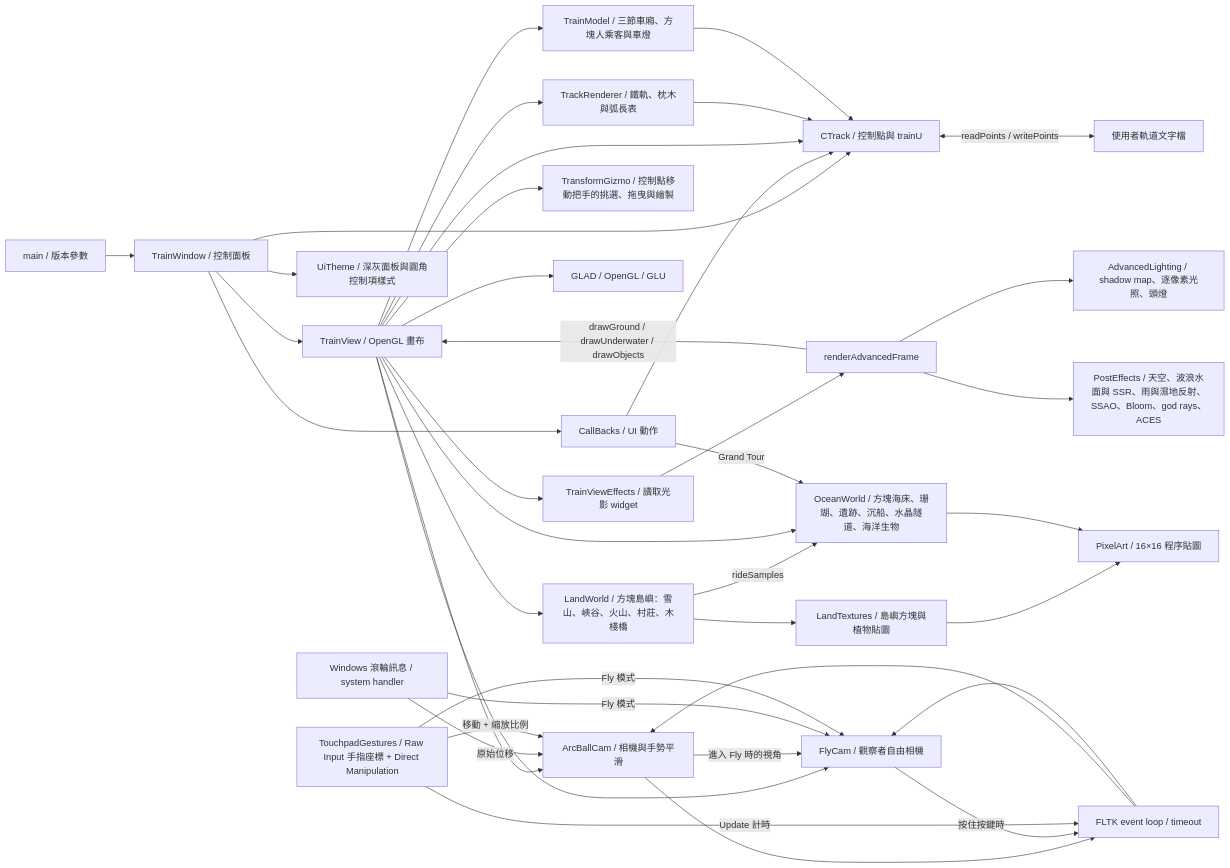
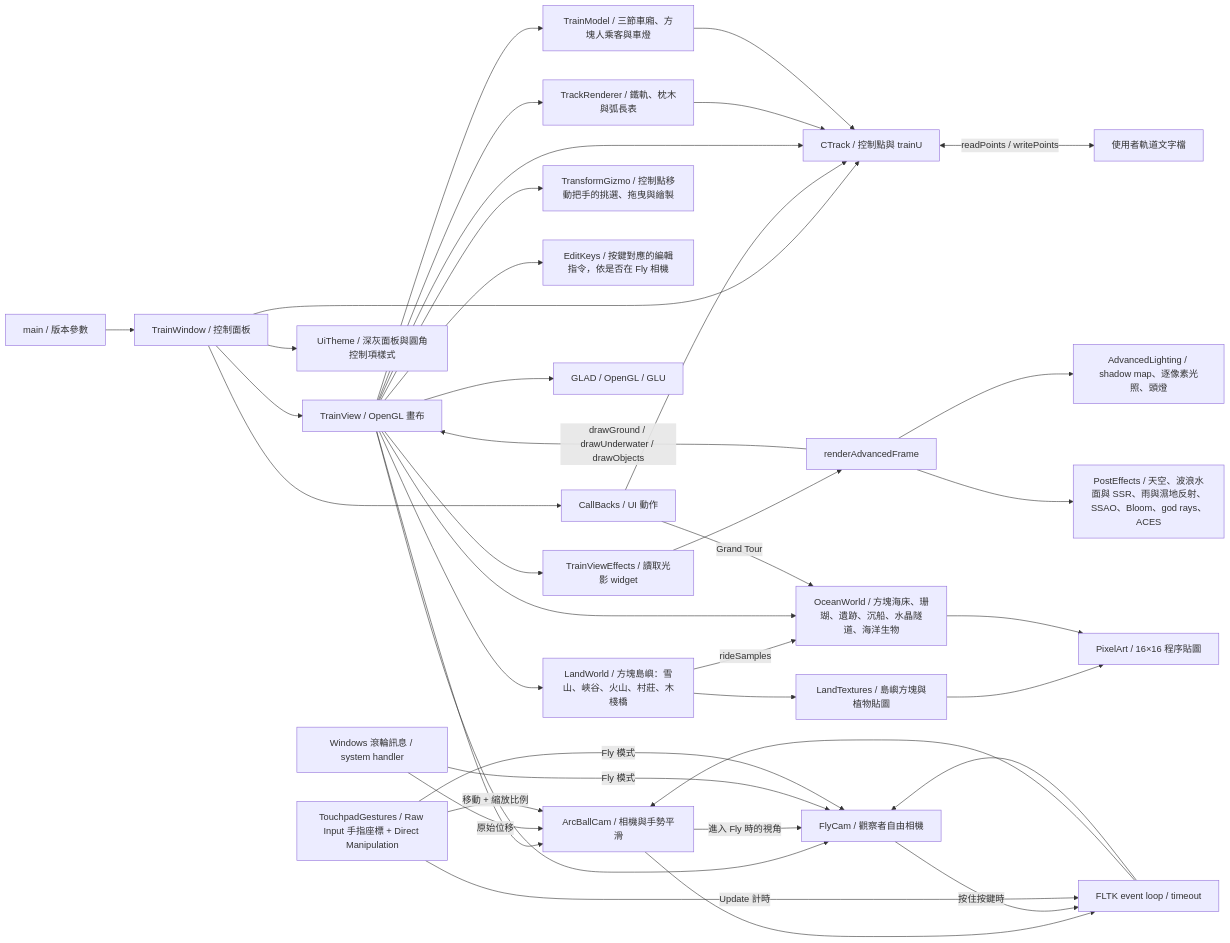
Before and after one commit to wj6wj6/RollerCoasters: the diagram in docs/architecture.md, drawn with Mermaid. The commit also changed other lines of this file and 12 other files, not shown here.

First line of the commit message:
fix(camera): keep Fly keys and control point editing apart

````diff
--- a/docs/architecture.md
+++ b/docs/architecture.md
@@ -3,41 +3,42 @@
 ```mermaid
 flowchart LR
     Main[main / 版本參數] --> Window[TrainWindow / 控制面板]
     Window --> View[TrainView / OpenGL 畫布]
     Window --> Track[CTrack / 控制點與 trainU]
     Window --> Theme[UiTheme / 深灰面板與圓角控制項樣式]
     Window --> Callbacks[CallBacks / UI 動作]
     Callbacks --> Track
     View --> Track
     View --> Rails[TrackRenderer / 鐵軌、枕木與弧長表]
     Rails --> Track
     View --> Train[TrainModel / 三節車廂、方塊人乘客與車燈]
     Train --> Track
     View --> Gizmo[TransformGizmo / 控制點移動把手的挑選、拖曳與繪製]
+    View --> Keys[EditKeys / 按鍵對應的編輯指令，依是否在 Fly 相機]
     View --> Camera[ArcBallCam / 相機與手勢平滑]
     View --> Fly[FlyCam / 觀察者自由相機]
     Camera -->|進入 Fly 時的視角| Fly
     Camera --> Timer[FLTK event loop / timeout]
     Timer --> Camera
     Fly -->|按住按鍵時| Timer
     Timer --> Fly
     Wheel[Windows 滾輪訊息 / system handler] -->|原始位移| Camera
     Wheel -->|Fly 模式| Fly
     Touchpad[TouchpadGestures / Raw Input 手指座標 + Direct Manipulation] -->|移動 + 縮放比例| Camera
     Touchpad -->|Fly 模式| Fly
     Touchpad -->|Update 計時| Timer
     Track <-->|readPoints / writePoints| File[使用者軌道文字檔]
     View --> GL[GLAD / OpenGL / GLU]
     View --> Effects[TrainViewEffects / 讀取光影 widget]
     Effects --> Frame[renderAdvancedFrame]
     Frame --> Lighting[AdvancedLighting / shadow map、逐像素光照、頭燈]
     Frame --> Post[PostEffects / 天空、波浪水面與 SSR、雨與濕地反射、SSAO、Bloom、god rays、ACES]
     Frame -->|drawGround / drawUnderwater / drawObjects| View
     View --> Land[LandWorld / 方塊島嶼：雪山、峽谷、火山、村莊、木棧橋]
     Land --> LandTex[LandTextures / 島嶼方塊與植物貼圖]
     Land -->|rideSamples| Ocean
     View --> Ocean[OceanWorld / 方塊海床、珊瑚、遺跡、沉船、水晶隧道、海洋生物]
     LandTex --> Pixel[PixelArt / 16×16 程序貼圖]
     Ocean --> Pixel
     Callbacks -->|Grand Tour| Ocean
 ```
````
